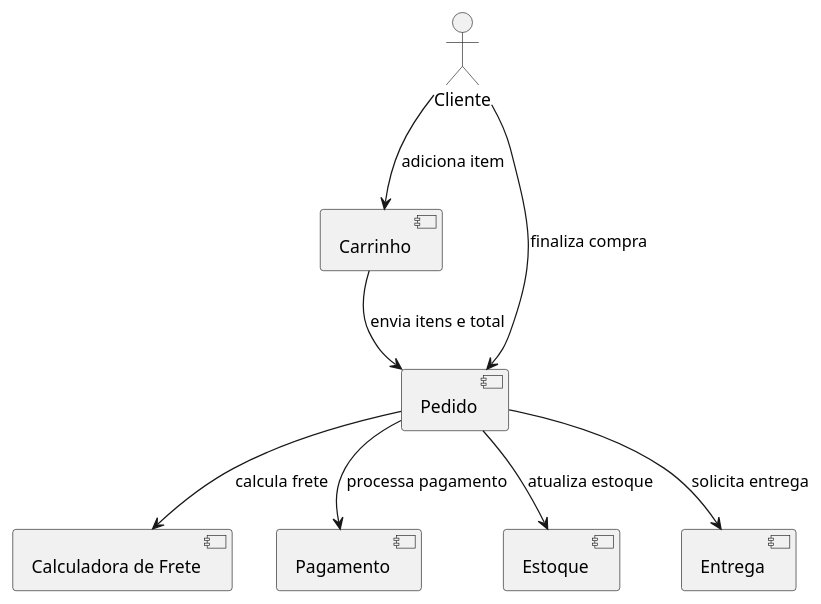
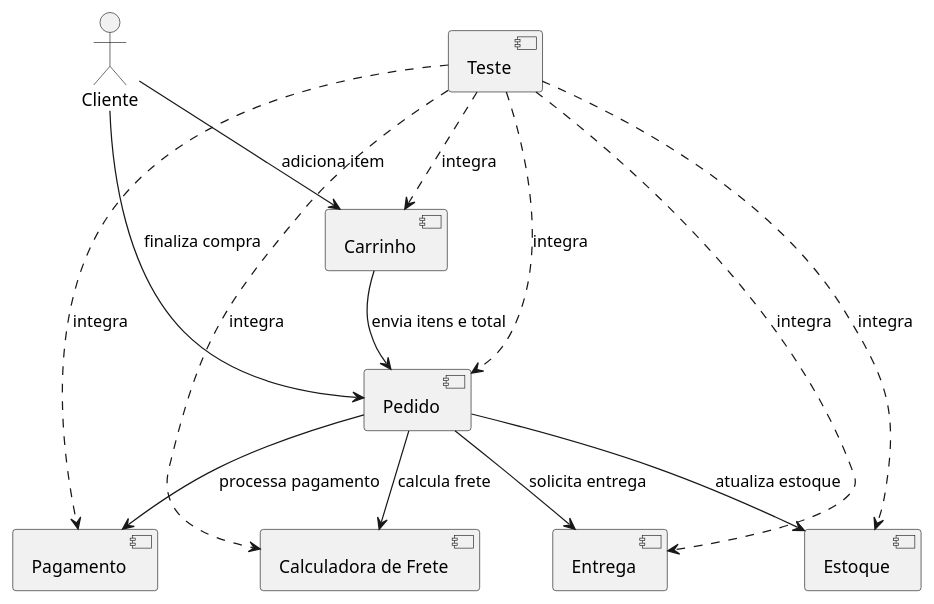
The diagram in lab02/diagramas/big-bang.puml (raquweel/meu-estudo-vvts), drawn with PlantUML before and after one commit.

Commit message:
otimização do teste big-bang
Added 'Teste' component and integration relationships.

```diff
--- a/lab02/diagramas/big-bang.puml
+++ b/lab02/diagramas/big-bang.puml
@@ -1,21 +1,29 @@
 @startuml big-bang
 
 actor Cliente
 
 component "Carrinho" as Carrinho
 component "Pedido" as Pedido
 component "Calculadora de Frete" as Frete
 component "Pagamento" as Pagamento
 component "Estoque" as Estoque
 component "Entrega" as Entrega
+component "Teste" as Teste
 
 Cliente --> Carrinho : adiciona item
 Cliente --> Pedido : finaliza compra
 
 Carrinho --> Pedido : envia itens e total
 Pedido --> Frete : calcula frete
 Pedido --> Pagamento : processa pagamento
 Pedido --> Estoque : atualiza estoque
 Pedido --> Entrega : solicita entrega
 
+Teste ..> Carrinho : integra
+Teste ..> Pedido : integra
+Teste ..> Frete : integra
+Teste ..> Pagamento : integra
+Teste ..> Estoque : integra
+Teste ..> Entrega : integra
+
 @enduml
```
